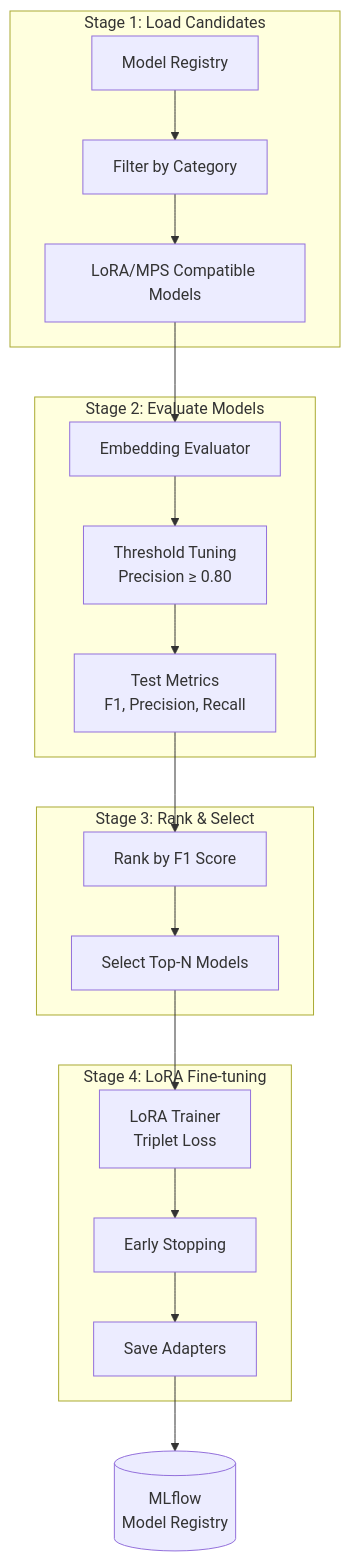
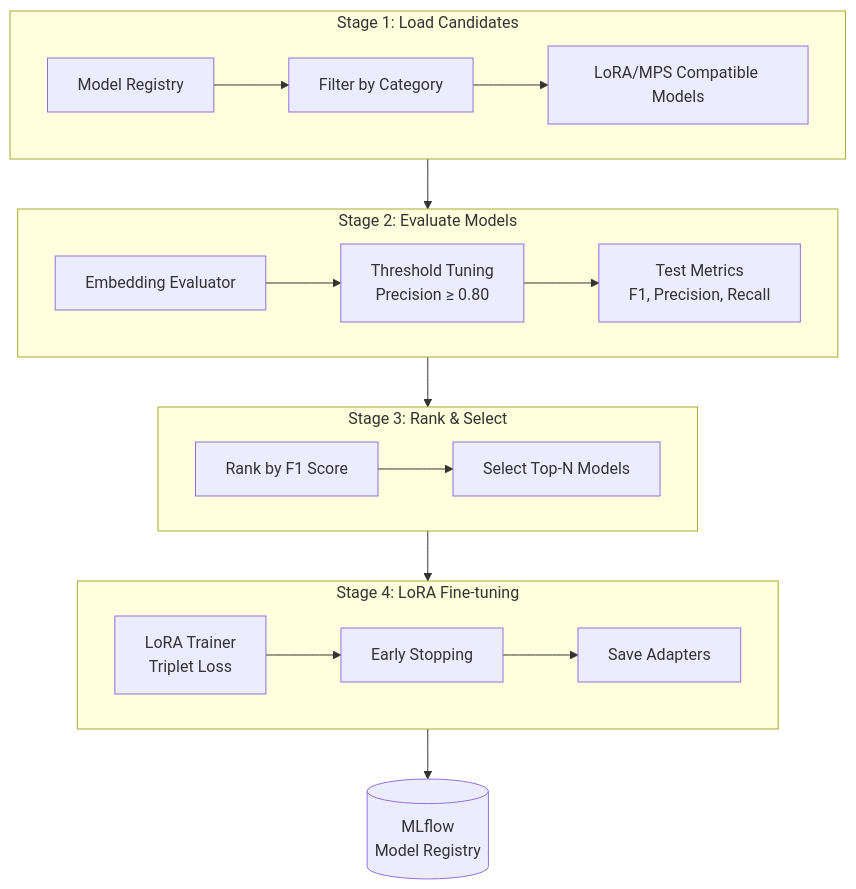
One commit to aayushdw/PrivacyAwareSemanticCache changed the diagram in README.md. Above: the diagram before and after it, drawn with Mermaid.

Commit message:
Refining Mermaid diagram layout in README.md

````diff
--- a/README.md
+++ b/README.md
@@ -28,26 +28,24 @@
 ```mermaid
 flowchart TB
     subgraph Stage1["Stage 1: Load Candidates"]
-        R[Model Registry] --> F[Filter by Category]
-        F --> L[LoRA/MPS Compatible Models]
+        direction LR
+        R[Model Registry] --> F[Filter by Category] --> L[LoRA/MPS Compatible Models]
     end
     
     subgraph Stage2["Stage 2: Evaluate Models"]
-        L --> E[Embedding Evaluator]
-        E --> T[Threshold Tuning<br/>Precision ≥ 0.80]
-        T --> M[Test Metrics<br/>F1, Precision, Recall]
+        direction LR
+        E[Embedding Evaluator] --> T[Threshold Tuning<br/>Precision ≥ 0.80] --> M[Test Metrics<br/>F1, Precision, Recall]
     end
     
     subgraph Stage3["Stage 3: Rank & Select"]
-        M --> R2[Rank by F1 Score]
-        R2 --> S[Select Top-N Models]
+        direction LR
+        R2[Rank by F1 Score] --> S[Select Top-N Models]
     end
     
     subgraph Stage4["Stage 4: LoRA Fine-tuning"]
-        S --> LT[LoRA Trainer<br/>Triplet Loss]
-        LT --> ES[Early Stopping]
-        ES --> A[Save Adapters]
+        direction LR
+        LT[LoRA Trainer<br/>Triplet Loss] --> ES[Early Stopping] --> A[Save Adapters]
     end
     
-    A --> MLF[(MLflow<br/>Model Registry)]
+    Stage1 --> Stage2 --> Stage3 --> Stage4 --> MLF[(MLflow<br/>Model Registry)]
 ```
````
